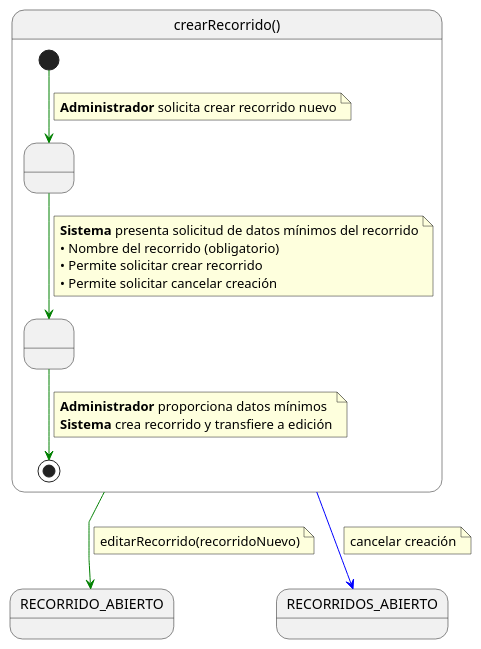
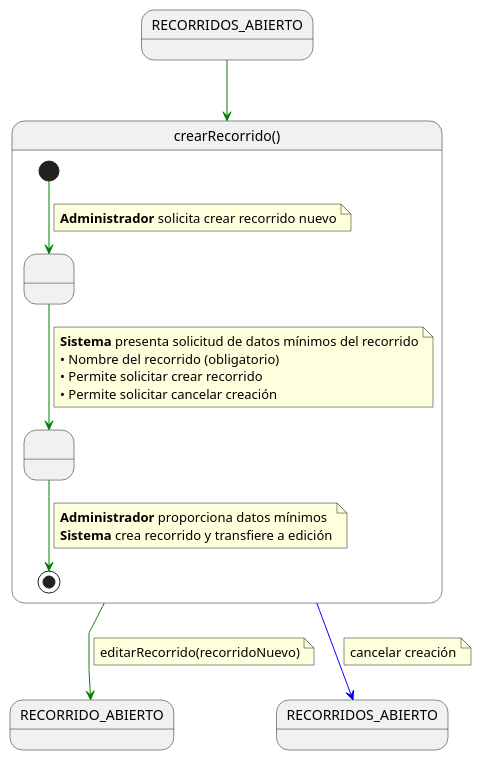
The diagram in documentos/01-casoDeUso/3-DetallarCasosDeUso/0-Administrador/crearRecorrido/crearRecorrido.puml (Camila-Lesly/25-26-idsw1-sdr), drawn with PlantUML before and after one commit. The commit also changed 23 other files, not shown here.

```diff
--- a/documentos/01-casoDeUso/3-DetallarCasosDeUso/0-Administrador/crearRecorrido/crearRecorrido.puml
+++ b/documentos/01-casoDeUso/3-DetallarCasosDeUso/0-Administrador/crearRecorrido/crearRecorrido.puml
@@ -1,40 +1,43 @@
 @startuml crearRecorrido
 
 skinparam linetype polyline
+
+state in1 as "RECORRIDOS_ABIERTO"
+in1 -[#green]-> crearRecorrido
 
 state crearRecorrido as "crearRecorrido()" {
 
     state " " as SolicitandoDatos
     state " " as CreandoRecorrido
 
     [*] -[#green]-> SolicitandoDatos 
     note on link
     <b>Administrador</b> solicita crear recorrido nuevo
     end note    
     
     SolicitandoDatos -[#green]-> CreandoRecorrido
     note on link
     <b>Sistema</b> presenta solicitud de datos mínimos del recorrido
     • Nombre del recorrido (obligatorio)
     • Permite solicitar crear recorrido
     • Permite solicitar cancelar creación
     end note
     
     CreandoRecorrido -[#green]-> [*]
     note on link
     <b>Administrador</b> proporciona datos mínimos
     <b>Sistema</b> crea recorrido y transfiere a edición
     end note
 }
 
 crearRecorrido -[#green]-> RECORRIDO_ABIERTO
 note on link
 editarRecorrido(recorridoNuevo)
 end note
 
 crearRecorrido -[#blue]-> RECORRIDOS_ABIERTO
 note on link
 cancelar creación
 end note
 
 @enduml
```
